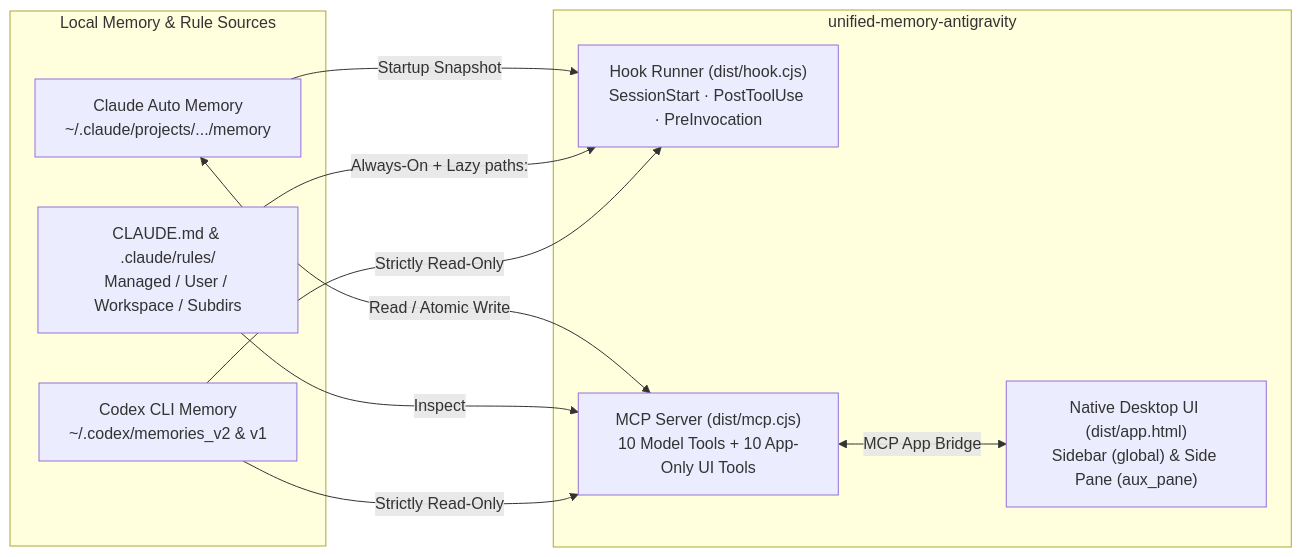
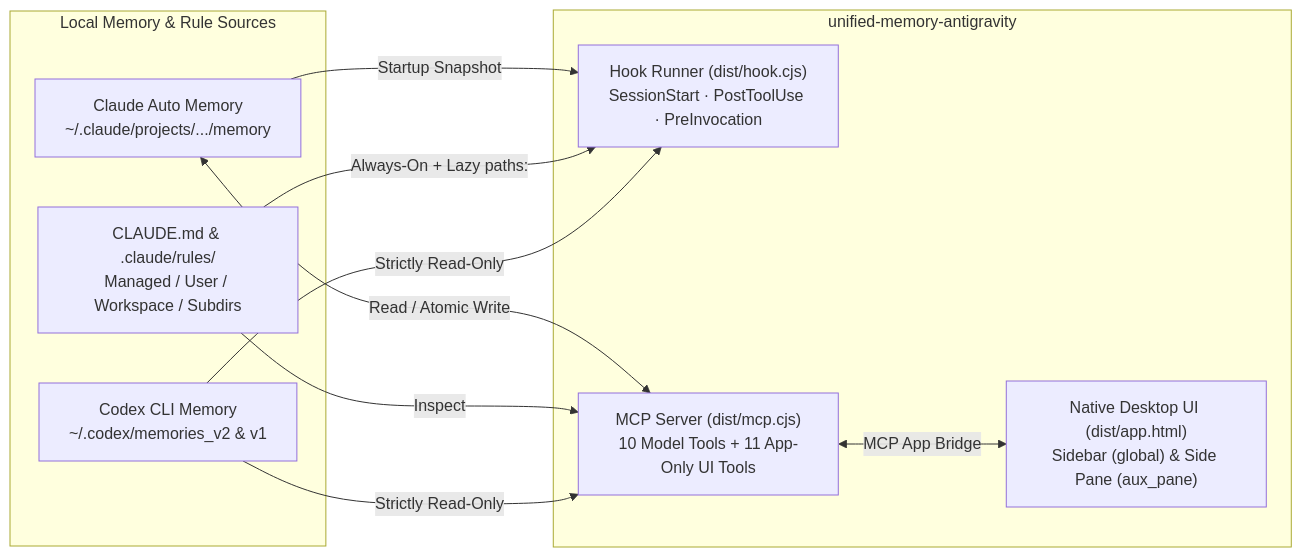
The diagram in README.md (A-Cepheus/unified-memory-antigravity), drawn with Mermaid before and after one commit. The commit also changed other lines of this file and 18 other files, not shown here.

````diff
--- a/README.md
+++ b/README.md
@@ -82,22 +82,22 @@
 ```mermaid
 flowchart LR
     subgraph Storage["Local Memory & Rule Sources"]
         CL["Claude Auto Memory\n~/.claude/projects/.../memory"]
         CR["CLAUDE.md & .claude/rules/\nManaged / User / Workspace / Subdirs"]
         CX["Codex CLI Memory\n~/.codex/memories_v2 & v1"]
     end
 
     subgraph Plugin["unified-memory-antigravity"]
         HK["Hook Runner (dist/hook.cjs)\nSessionStart · PostToolUse · PreInvocation"]
-        MCP["MCP Server (dist/mcp.cjs)\n10 Model Tools + 10 App-Only UI Tools"]
+        MCP["MCP Server (dist/mcp.cjs)\n10 Model Tools + 11 App-Only UI Tools"]
         UI["Native Desktop UI (dist/app.html)\nSidebar (global) & Side Pane (aux_pane)"]
     end
 
     CL <-->|"Read / Atomic Write"| MCP
     CL -->|"Startup Snapshot"| HK
     CR -->|"Always-On + Lazy paths:"| HK
     CR -->|"Inspect"| MCP
     CX -->|"Strictly Read-Only"| HK
     CX -->|"Strictly Read-Only"| MCP
     MCP <-->|"MCP App Bridge"| UI
 ```
````
